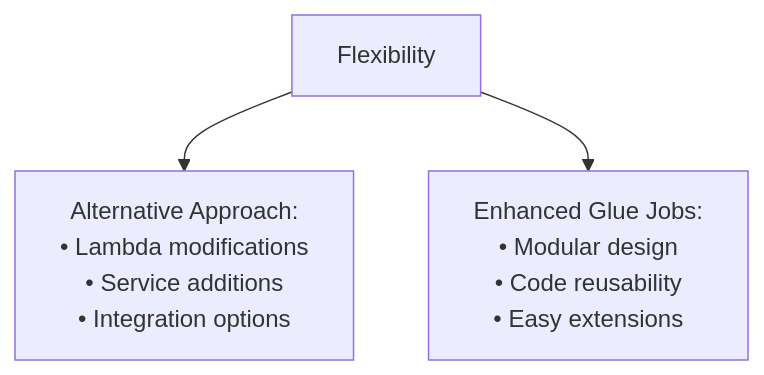
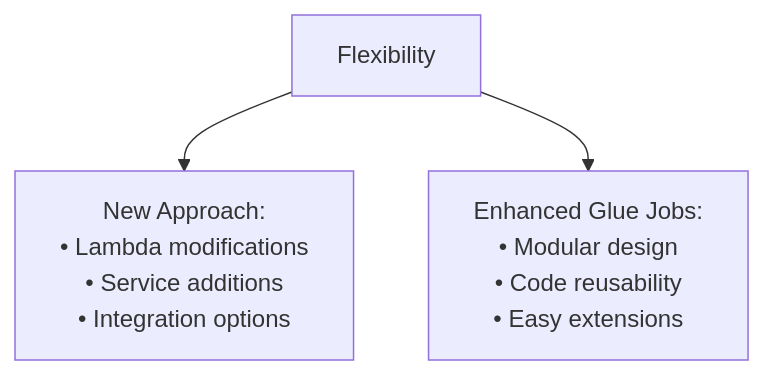
Before and after one commit to veronelazio/wezterm: diagram 14 of 17 in mermaid.md, drawn with Mermaid. The commit also changed other lines of this file, not shown here.

````diff
--- a/mermaid.md
+++ b/mermaid.md
@@ -131,5 +131,5 @@
 ```mermaid
 flowchart TD
-    L1["Flexibility"] --> L2["Alternative Approach:<br/>• Lambda modifications<br/>• Service additions<br/>• Integration options"]
+    L1["Flexibility"] --> L2["New Approach:<br/>• Lambda modifications<br/>• Service additions<br/>• Integration options"]
     L1 --> L3["Enhanced Glue Jobs:<br/>• Modular design<br/>• Code reusability<br/>• Easy extensions"]
 ```
````
